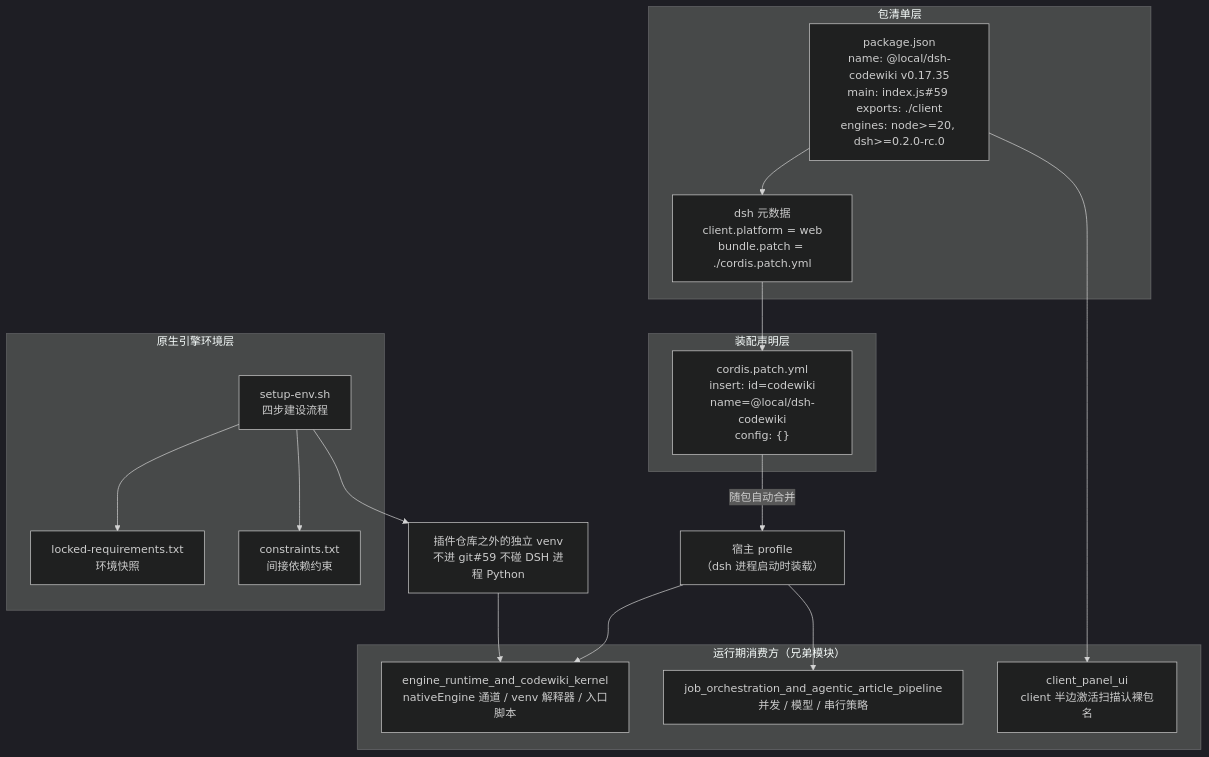
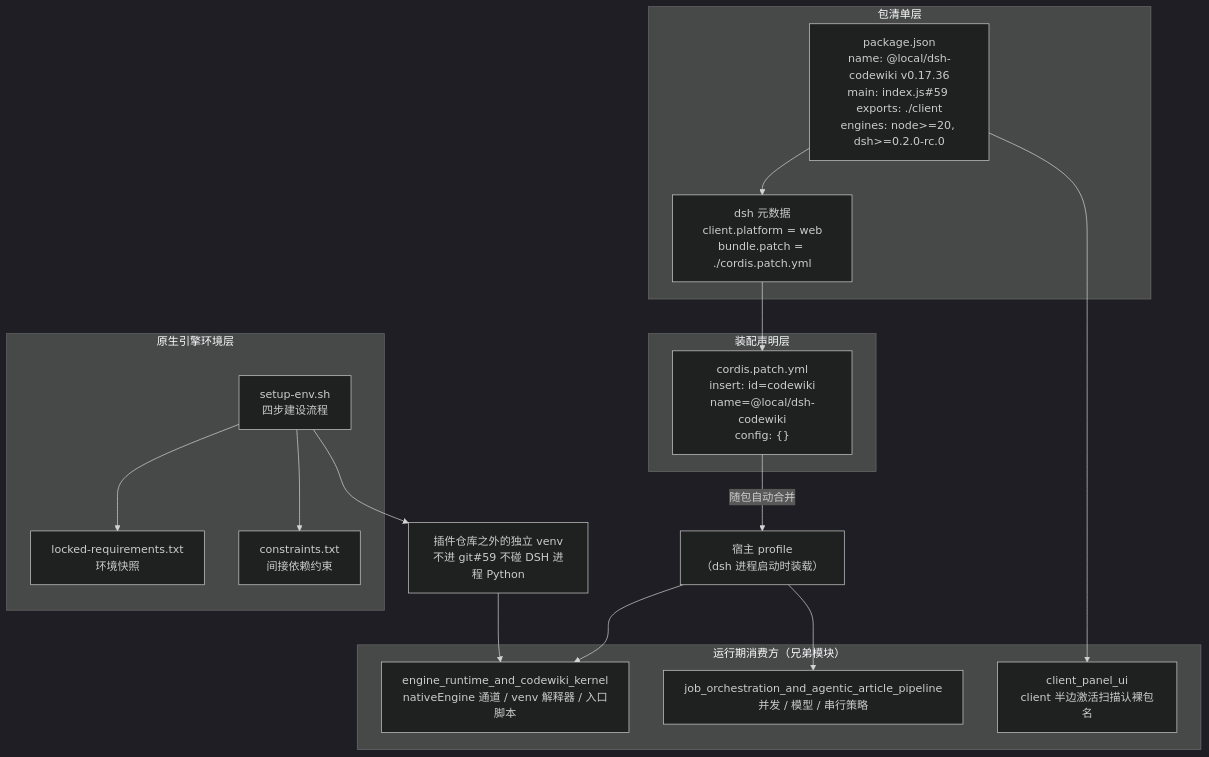
One commit to ikliml666/dsh-codewiki changed the first of 3 diagrams in .codewiki/modules/build-and-configuration.md. Above: the diagram before and after it, drawn with Mermaid (dark theme). The commit also changed other lines of this file and 12 other files, not shown here.

````diff
--- a/.codewiki/modules/build-and-configuration.md
+++ b/.codewiki/modules/build-and-configuration.md
@@ -28,35 +28,35 @@
 ```mermaid
 flowchart TB
     subgraph PKG["包清单层"]
-        PJ["package.json<br/>name: @local/dsh-codewiki v0.17.35<br/>main: index.js#59 exports: ./client<br/>engines: node>=20, dsh>=0.2.0-rc.0"]
+        PJ["package.json<br/>name: @local/dsh-codewiki v0.17.36<br/>main: index.js#59 exports: ./client<br/>engines: node>=20, dsh>=0.2.0-rc.0"]
         DSHMETA["dsh 元数据<br/>client.platform = web<br/>bundle.patch = ./cordis.patch.yml"]
     end
 
     subgraph PATCH["装配声明层"]
         CP["cordis.patch.yml<br/>insert: id=codewiki<br/>name=@local/dsh-codewiki<br/>config: {}"]
     end
 
     subgraph ENV["原生引擎环境层"]
         SH["setup-env.sh<br/>四步建设流程"]
         LOCK["locked-requirements.txt<br/>环境快照"]
         CON["constraints.txt<br/>间接依赖约束"]
     end
 
     subgraph RUNTIME["运行期消费方（兄弟模块）"]
         ENG["engine_runtime_and_codewiki_kernel<br/>nativeEngine 通道 / venv 解释器 / 入口脚本"]
         JOB["job_orchestration_and_agentic_article_pipeline<br/>并发 / 模型 / 串行策略"]
         UI["client_panel_ui<br/>client 半边激活扫描认裸包名"]
     end
 
     PJ --> DSHMETA
     DSHMETA --> CP
     CP -->|"随包自动合并"| PROFILE["宿主 profile<br/>（dsh 进程启动时装载）"]
     SH --> LOCK
     SH --> CON
     SH --> VENV["插件仓库之外的独立 venv<br/>不进 git#59 不碰 DSH 进程 Python"]
 
     PROFILE --> JOB
     PROFILE --> ENG
     VENV --> ENG
     PJ --> UI
 ```
````
